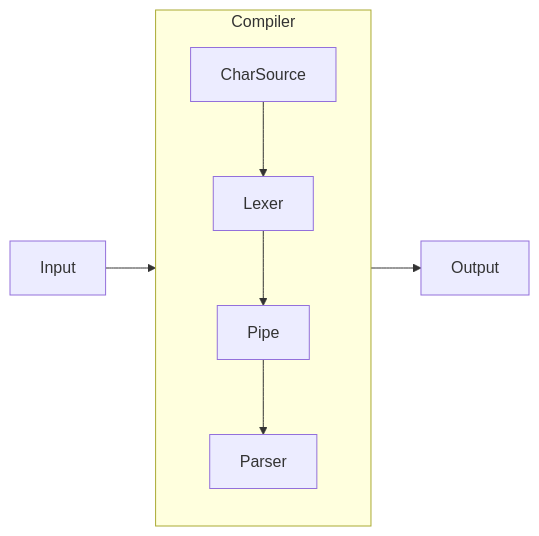
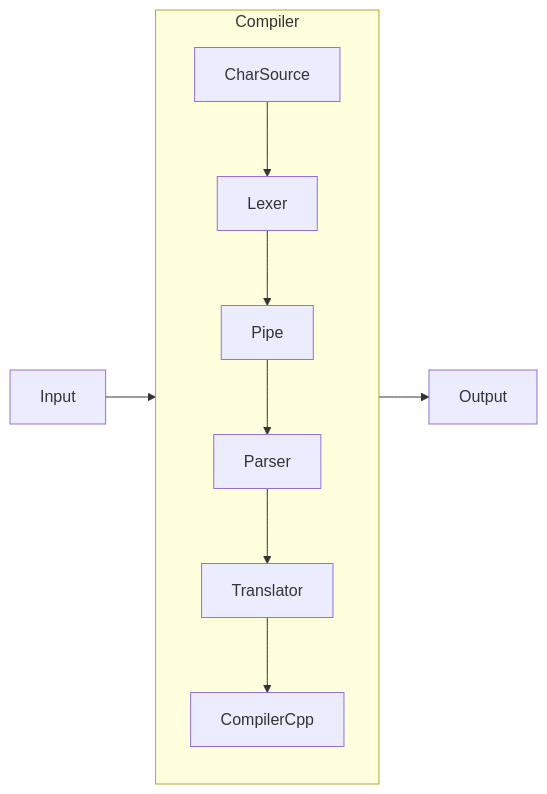
Before and after one commit to Ramzeeset/Expression-Parser: the diagram in README.md, drawn with Mermaid.

````diff
--- a/README.md
+++ b/README.md
@@ -7,9 +7,11 @@
 ```mermaid
 flowchart LR
   subgraph Compiler
     CharSource-->Lexer
     Lexer-->Pipe
     Pipe-->Parser
+    Parser-->Translator
+    Translator-->CompilerCpp
   end
   Input --> Compiler --> Output
 ```
````
